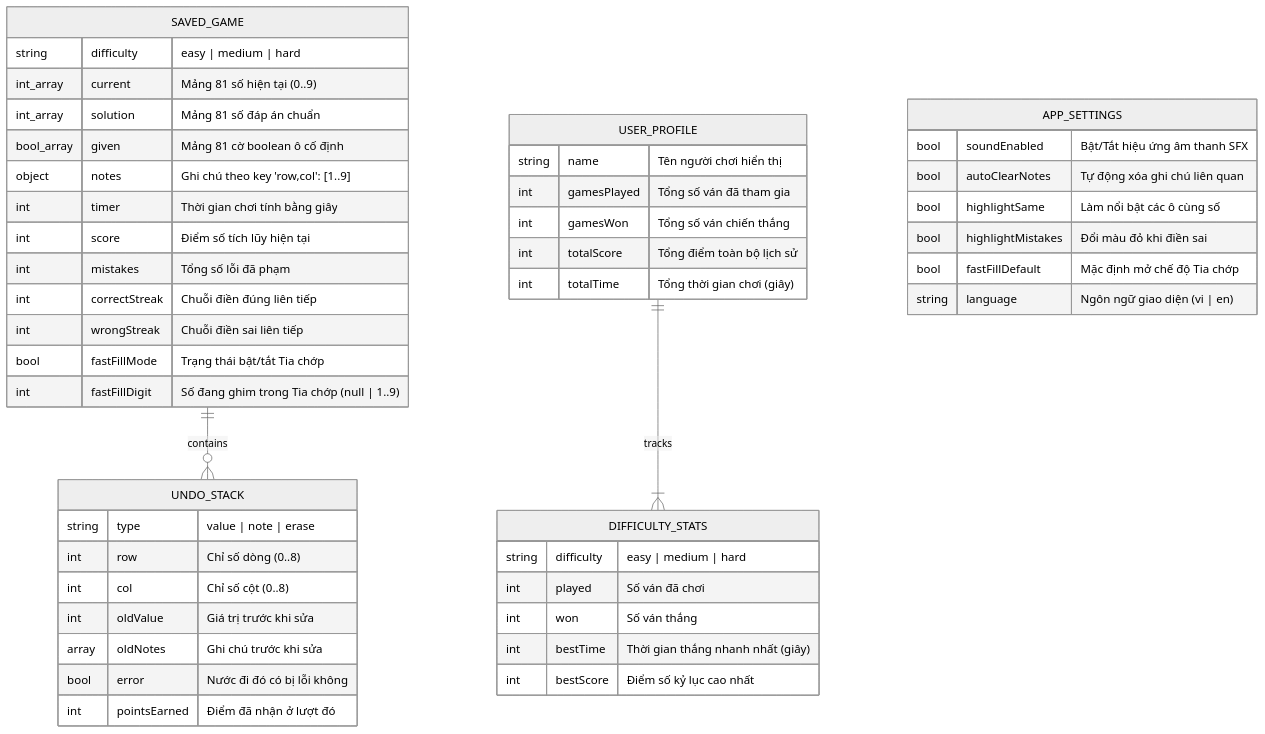
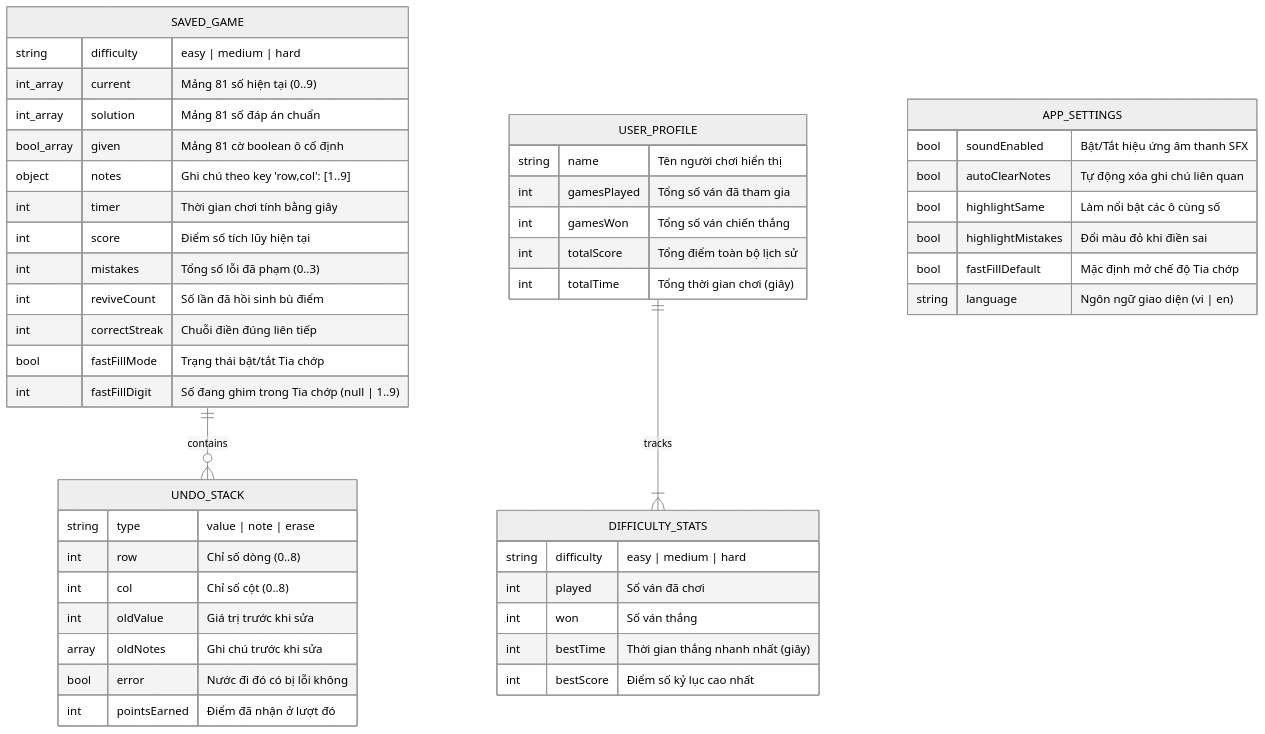
The first of 3 diagrams in docs/04_storage_and_scoring_models.md (Jhanh/Sudoku_game), drawn with Mermaid (neutral theme) before and after one commit. The commit also changed other lines of this file and 15 other files, not shown here.

````diff
--- a/docs/04_storage_and_scoring_models.md
+++ b/docs/04_storage_and_scoring_models.md
@@ -11,55 +11,55 @@
 ```mermaid
 erDiagram
     SAVED_GAME ||--o{ UNDO_STACK : contains
     USER_PROFILE ||--|{ DIFFICULTY_STATS : tracks
 
     SAVED_GAME {
         string difficulty "easy | medium | hard"
         int_array current "Mảng 81 số hiện tại (0..9)"
         int_array solution "Mảng 81 số đáp án chuẩn"
         bool_array given "Mảng 81 cờ boolean ô cố định"
         object notes "Ghi chú theo key 'row,col': [1..9]"
         int timer "Thời gian chơi tính bằng giây"
         int score "Điểm số tích lũy hiện tại"
-        int mistakes "Tổng số lỗi đã phạm"
+        int mistakes "Tổng số lỗi đã phạm (0..3)"
+        int reviveCount "Số lần đã hồi sinh bù điểm"
         int correctStreak "Chuỗi điền đúng liên tiếp"
-        int wrongStreak "Chuỗi điền sai liên tiếp"
         bool fastFillMode "Trạng thái bật/tắt Tia chớp"
         int fastFillDigit "Số đang ghim trong Tia chớp (null | 1..9)"
     }
 
     UNDO_STACK {
         string type "value | note | erase"
         int row "Chỉ số dòng (0..8)"
         int col "Chỉ số cột (0..8)"
         int oldValue "Giá trị trước khi sửa"
         array oldNotes "Ghi chú trước khi sửa"
         bool error "Nước đi đó có bị lỗi không"
         int pointsEarned "Điểm đã nhận ở lượt đó"
     }
 
     USER_PROFILE {
         string name "Tên người chơi hiển thị"
         int gamesPlayed "Tổng số ván đã tham gia"
         int gamesWon "Tổng số ván chiến thắng"
         int totalScore "Tổng điểm toàn bộ lịch sử"
         int totalTime "Tổng thời gian chơi (giây)"
     }
 
     DIFFICULTY_STATS {
         string difficulty "easy | medium | hard"
         int played "Số ván đã chơi"
         int won "Số ván thắng"
         int bestTime "Thời gian thắng nhanh nhất (giây)"
         int bestScore "Điểm số kỷ lục cao nhất"
     }
 
     APP_SETTINGS {
         bool soundEnabled "Bật/Tắt hiệu ứng âm thanh SFX"
         bool autoClearNotes "Tự động xóa ghi chú liên quan"
         bool highlightSame "Làm nổi bật các ô cùng số"
         bool highlightMistakes "Đổi màu đỏ khi điền sai"
         bool fastFillDefault "Mặc định mở chế độ Tia chớp"
         string language "Ngôn ngữ giao diện (vi | en)"
     }
 ```
````
